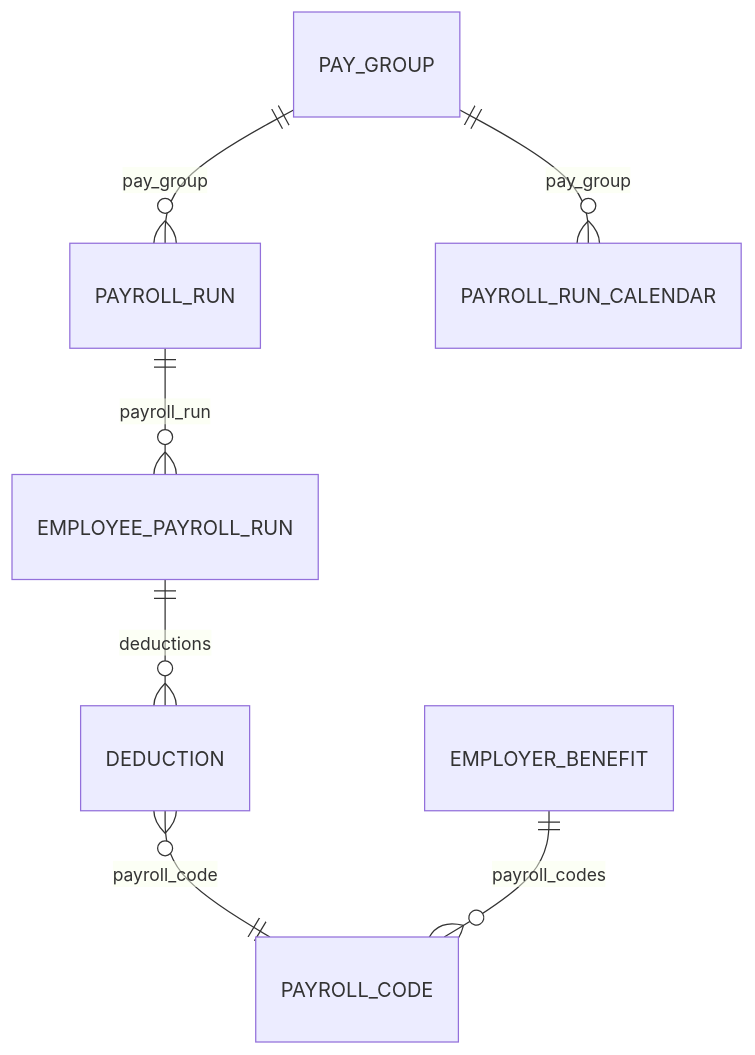
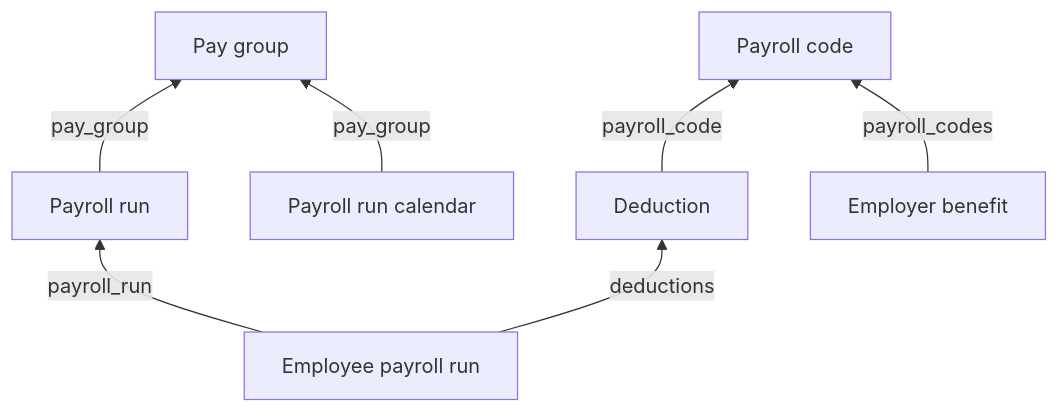
The diagram in guides/data-models/payroll.mdx (kaval1810/bindbee-docs-test), drawn with Mermaid before and after one commit. The commit also changed other lines of this file and 61 other files, not shown here.

````diff
--- a/guides/data-models/payroll.mdx
+++ b/guides/data-models/payroll.mdx
@@ -37,9 +33,9 @@
 ```mermaid
-erDiagram
-    PAY_GROUP ||--o{ PAYROLL_RUN : "pay_group"
-    PAY_GROUP ||--o{ PAYROLL_RUN_CALENDAR : "pay_group"
-    PAYROLL_RUN ||--o{ EMPLOYEE_PAYROLL_RUN : "payroll_run"
-    EMPLOYEE_PAYROLL_RUN ||--o{ DEDUCTION : "deductions"
-    DEDUCTION }o--|| PAYROLL_CODE : "payroll_code"
-    EMPLOYER_BENEFIT ||--o{ PAYROLL_CODE : "payroll_codes"
+flowchart BT
+    PAYROLL_RUN[Payroll run] -->|pay_group| PAY_GROUP[Pay group]
+    PAYROLL_RUN_CALENDAR[Payroll run calendar] -->|pay_group| PAY_GROUP
+    EMPLOYEE_PAYROLL_RUN[Employee payroll run] -->|payroll_run| PAYROLL_RUN
+    EMPLOYEE_PAYROLL_RUN -->|deductions| DEDUCTION[Deduction]
+    DEDUCTION -->|payroll_code| PAYROLL_CODE[Payroll code]
+    EMPLOYER_BENEFIT[Employer benefit] -->|payroll_codes| PAYROLL_CODE
 ```
````
